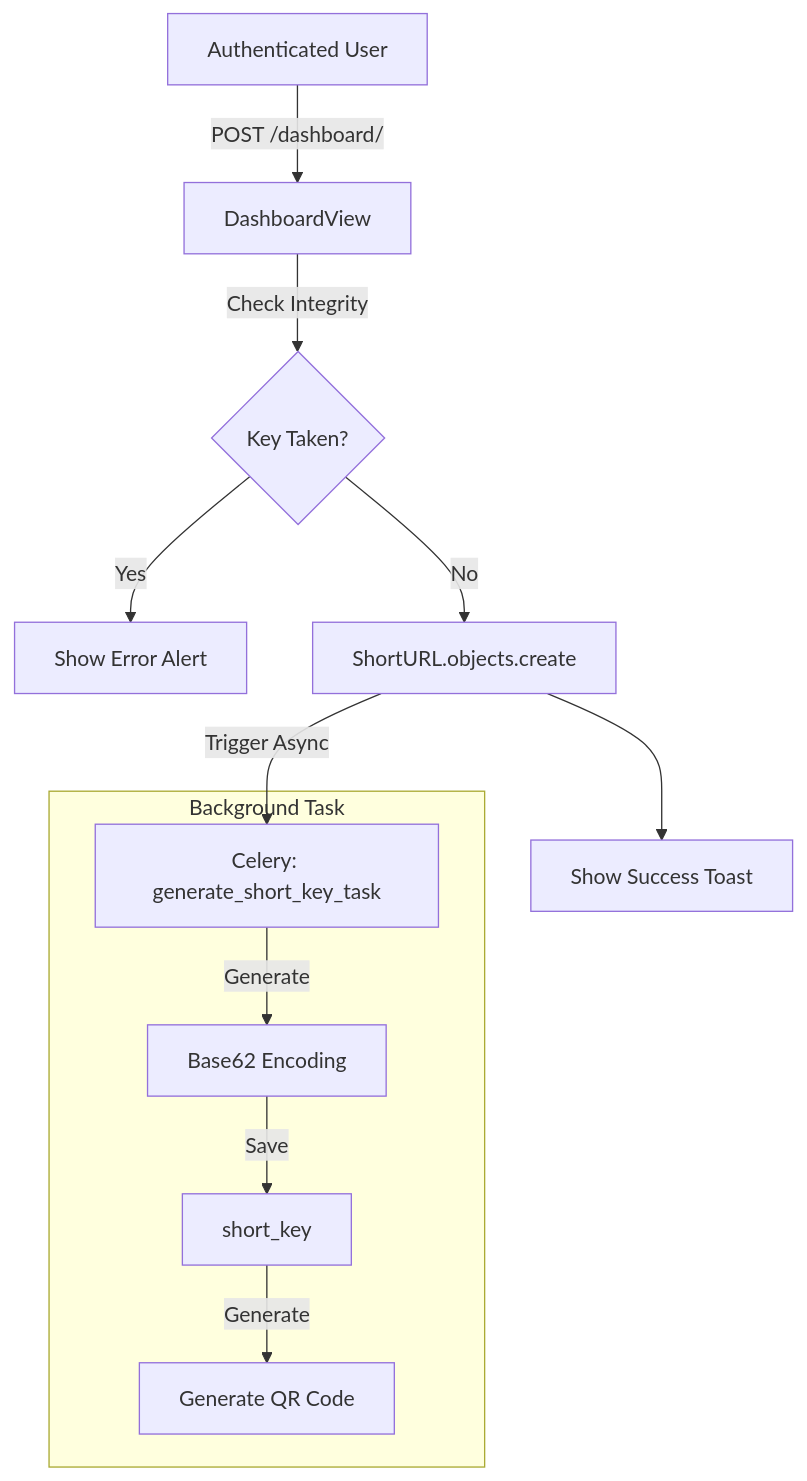
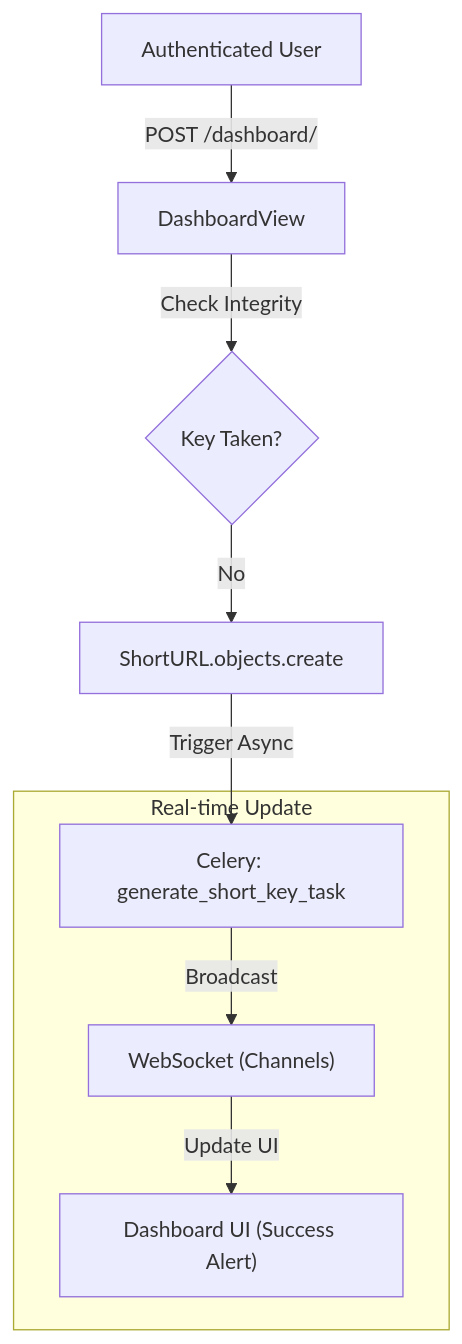
The first of 2 diagrams in README.md (prachanda980/django-url-shortener), drawn with Mermaid before and after one commit. The commit also changed other lines of this file and 4 other files, not shown here.

````diff
--- a/README.md
+++ b/README.md
@@ -120,17 +51,12 @@
 ```mermaid
 graph TD
     AuthUser["Authenticated User"] -->|POST /dashboard/| DashboardView
     DashboardView -->|Check Integrity| KeyCheck{"Key Taken?"}
-
-    KeyCheck -- Yes --> MessageError["Show Error Alert"]
-    
     KeyCheck -- No --> CreateModel["ShortURL.objects.create"]
     CreateModel -->|Trigger Async| CeleryTask["Celery: generate_short_key_task"]
-    CreateModel --> MessageSuccess["Show Success Toast"]
     
-    subgraph Background Task
-        CeleryTask -->|Generate| Base62["Base62 Encoding"]
-        Base62 -->|Save| short_key
-        short_key -->|Generate| QRCode["Generate QR Code"]
+    subgraph Real-time Update
+        CeleryTask -->|Broadcast| WS["WebSocket (Channels)"]
+        WS -->|Update UI| Dashboard["Dashboard UI (Success Alert)"]
     end
 ```
````
